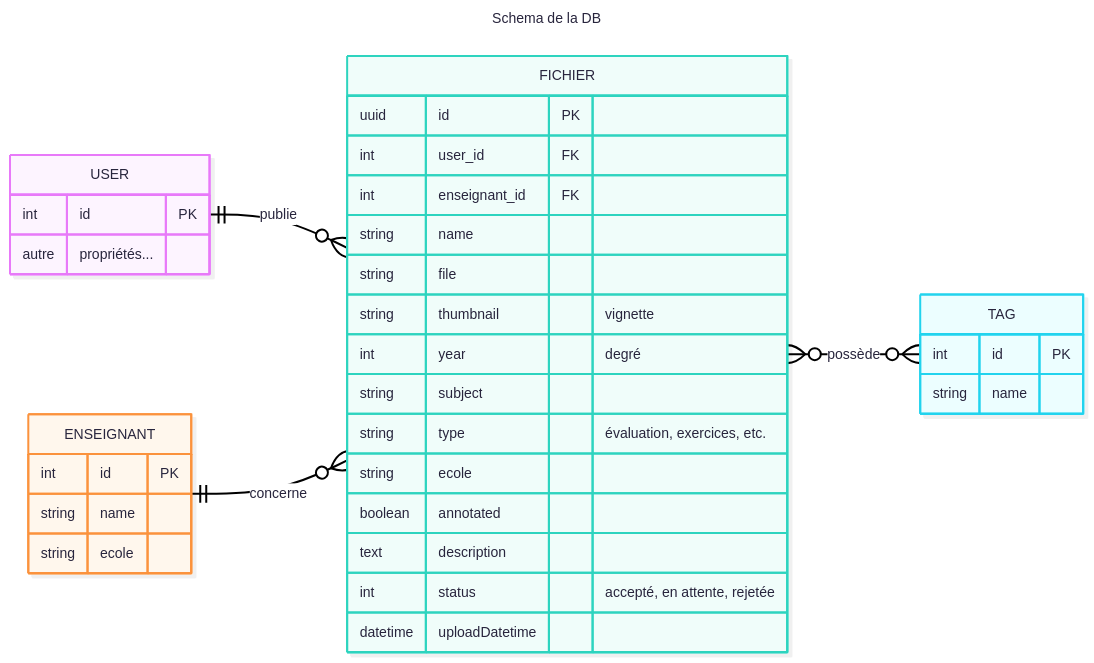
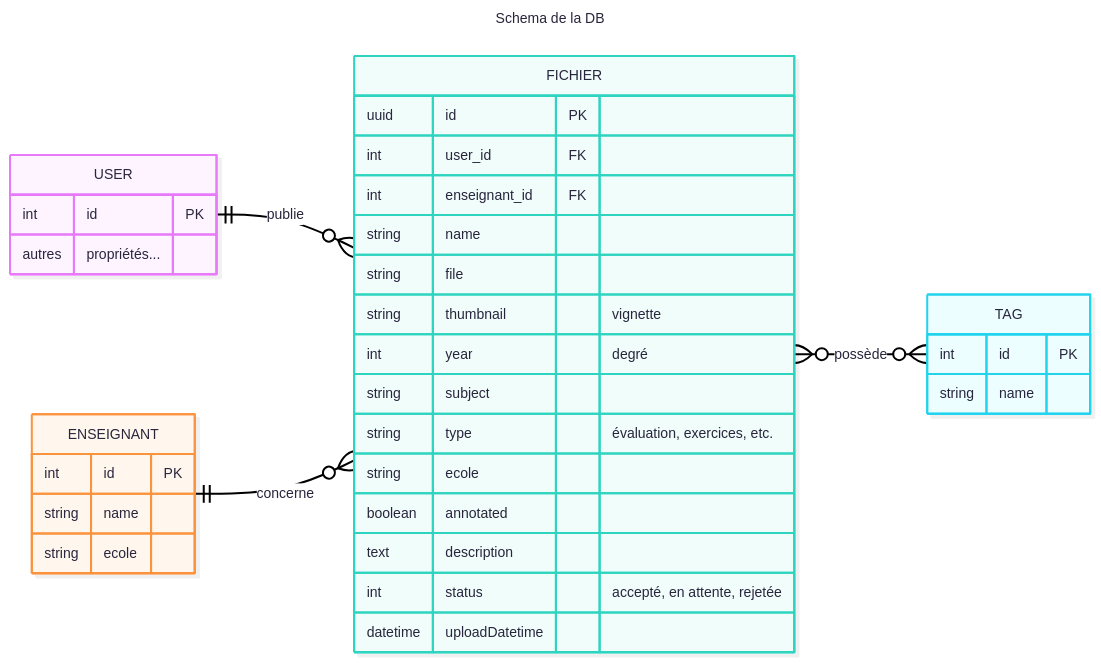
Before and after one commit to Zbebz/caverne-dAli-baba: the first of 4 diagrams in rapport.md, drawn with Mermaid. The commit also changed other lines of this file, not shown here.

````diff
--- a/rapport.md
+++ b/rapport.md
@@ -116,46 +123,46 @@
 ```mermaid
 ---
 title: Schema de la DB
 config:
   theme: redux-color
   look: neo
 ---
 erDiagram
     direction LR
     USER {
         int id PK
-        autre propriétés...
+        autres propriétés...
     }
 
 FICHIER {
         uuid id PK
         int user_id FK
         int enseignant_id FK
         string name
         string file
         string thumbnail "vignette"
         int year "degré"
         string subject
         string type "évaluation, exercices, etc."
         string ecole
         boolean annotated
         text description
         int status "accepté, en attente, rejetée"
         datetime uploadDatetime
     }
 
     ENSEIGNANT {
         int id PK
         string name
         string ecole
     }
 
     TAG {
         int id PK
         string name
     }
 
     USER ||--o{ FICHIER : publie
     ENSEIGNANT ||--o{ FICHIER : concerne
     FICHIER }o--o{ TAG : possède
 ```
````
